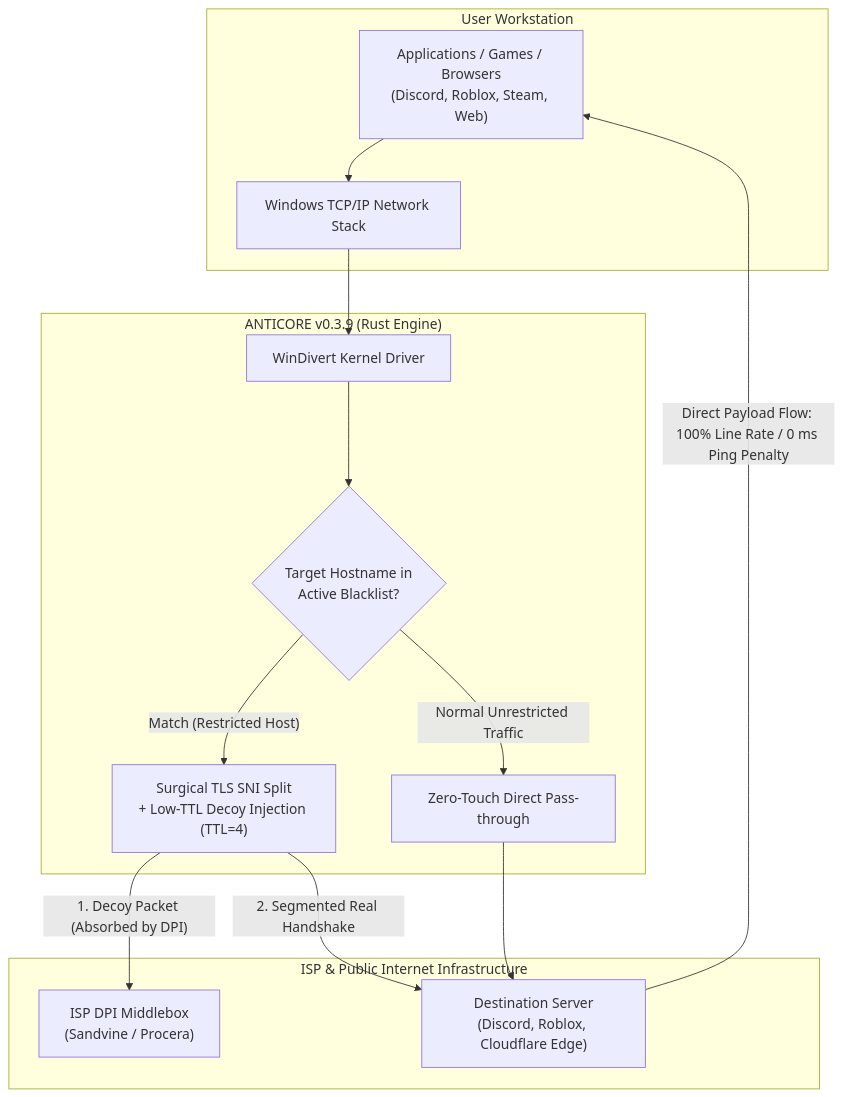
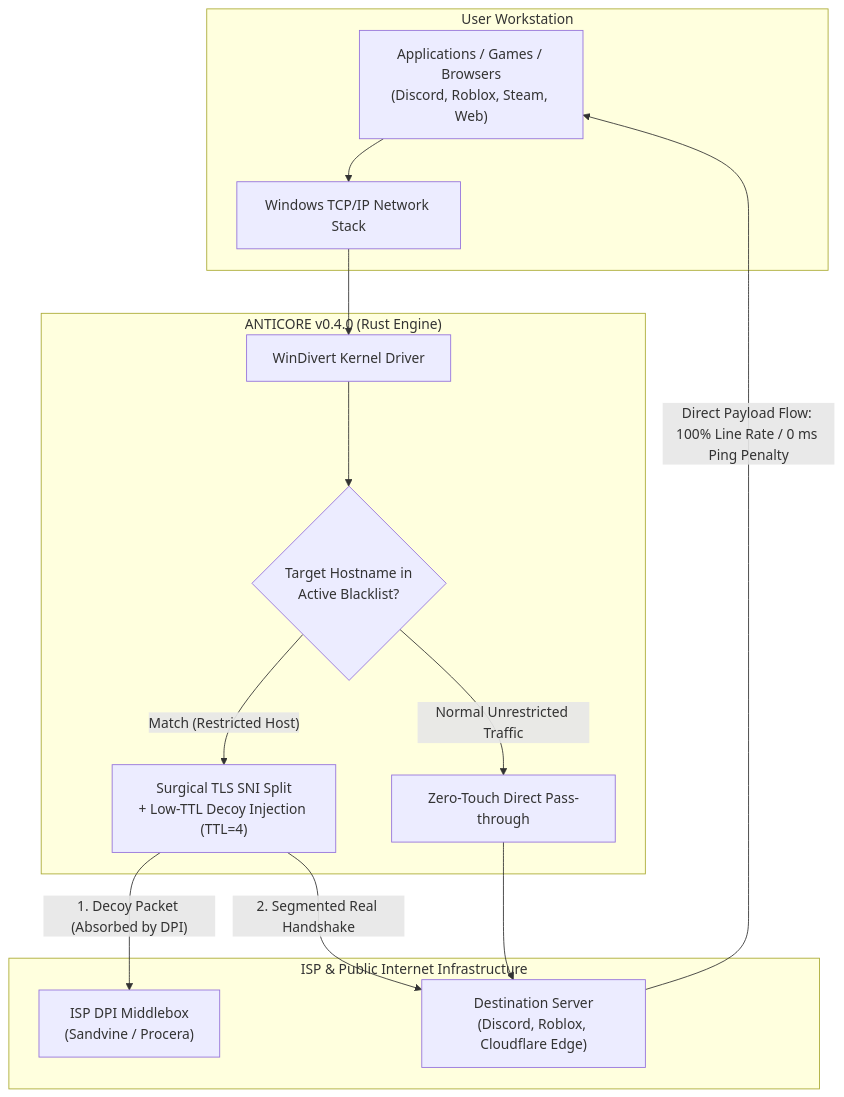
Before and after one commit to MonarchDevLab/Anticore: the diagram in README.en.md, drawn with Mermaid. The commit also changed other lines of this file and 9 other files, not shown here.

````diff
--- a/README.en.md
+++ b/README.en.md
@@ -532,29 +532,29 @@
 ```mermaid
 flowchart TD
     subgraph Client["User Workstation"]
         App["Applications / Games / Browsers\n(Discord, Roblox, Steam, Web)"]
         TCPIP["Windows TCP/IP Network Stack"]
     end
 
-    subgraph AnticoreEngine["ANTICORE v0.3.9 (Rust Engine)"]
+    subgraph AnticoreEngine["ANTICORE v0.4.0 (Rust Engine)"]
         WD["WinDivert Kernel Driver"]
         Check{"Target Hostname in\nActive Blacklist?"}
         Manip["Surgical TLS SNI Split\n+ Low-TTL Decoy Injection (TTL=4)"]
         Bypass["Zero-Touch Direct Pass-through"]
     end
 
     subgraph Net["ISP & Public Internet Infrastructure"]
         ISP["ISP DPI Middlebox\n(Sandvine / Procera)"]
         Target["Destination Server\n(Discord, Roblox, Cloudflare Edge)"]
     end
 
     App --> TCPIP
     TCPIP --> WD
     WD --> Check
     Check -- "Match (Restricted Host)" --> Manip
     Check -- "Normal Unrestricted Traffic" --> Bypass
     Manip -- "1. Decoy Packet (Absorbed by DPI)" --> ISP
     Manip -- "2. Segmented Real Handshake" --> Target
     Bypass --> Target
     Target -->|"Direct Payload Flow: 100% Line Rate / 0 ms Ping Penalty"| App
 ```
````
